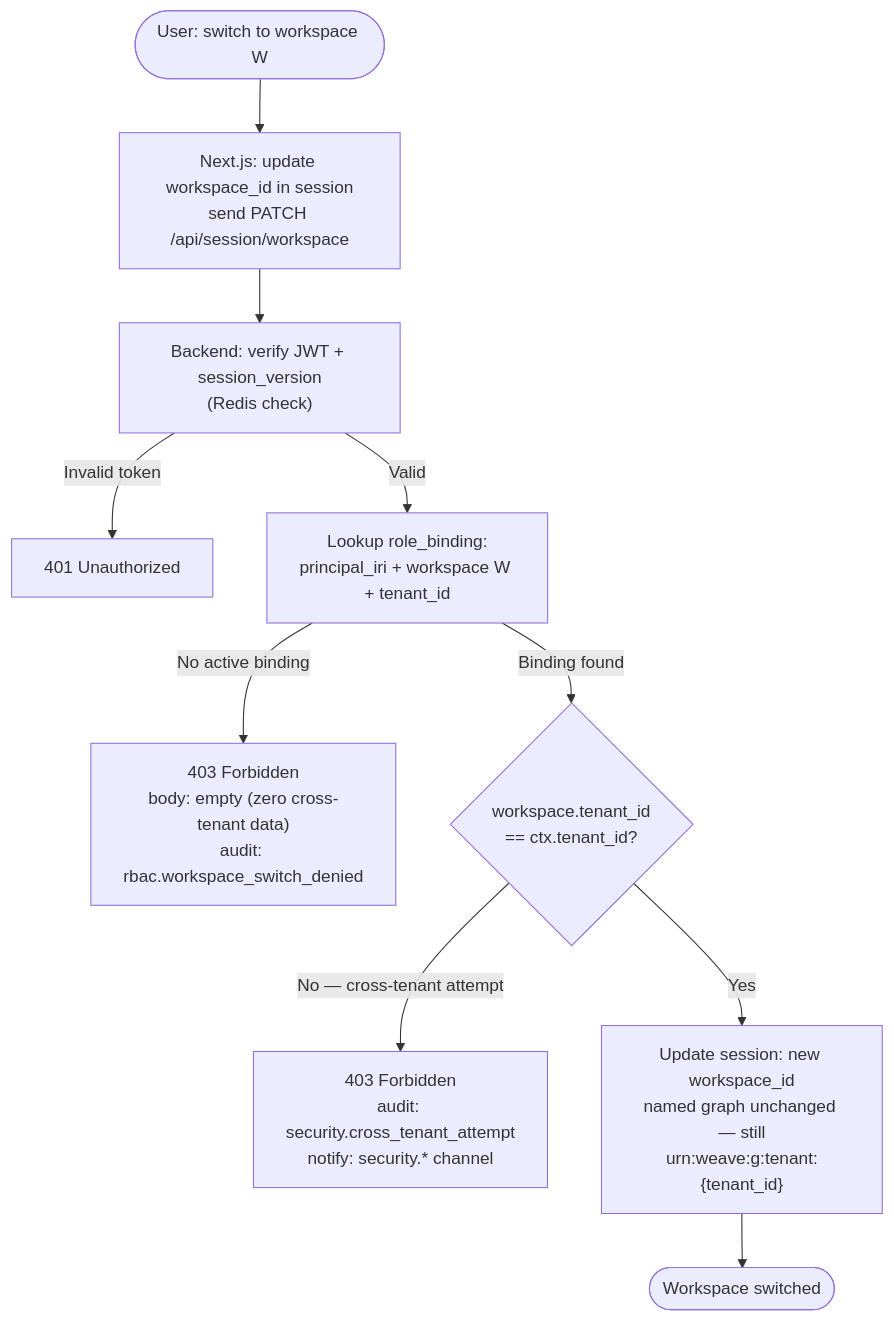
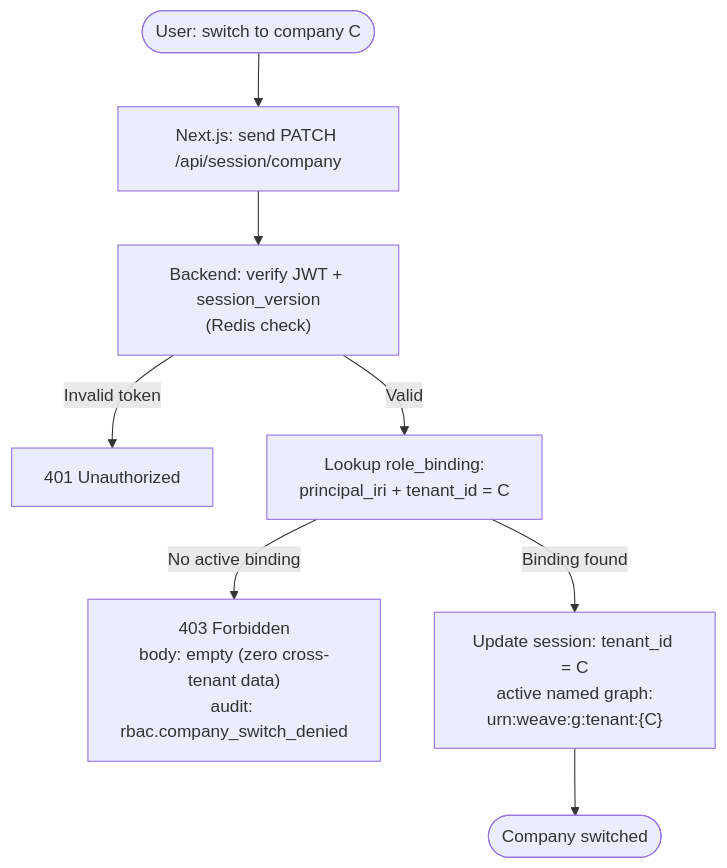
The second of 10 diagrams in docs/specs/weave/engines/weave-platform/tech-spec/business-process.md (gazzwi86/weave), drawn with Mermaid before and after one commit. The commit also changed other lines of this file and 17 other files, not shown here.

````diff
--- a/docs/specs/weave/engines/weave-platform/tech-spec/business-process.md
+++ b/docs/specs/weave/engines/weave-platform/tech-spec/business-process.md
@@ -79,12 +85,10 @@
 ```mermaid
 flowchart TD
-    A(["User: switch to workspace W"]) --> B["Next.js: update workspace_id in session<br/>send PATCH /api/session/workspace"]
+    A(["User: switch to company C"]) --> B["Next.js: send PATCH /api/session/company"]
     B --> C["Backend: verify JWT + session_version<br/>(Redis check)"]
     C -->|Invalid token| D["401 Unauthorized"]
-    C -->|Valid| E["Lookup role_binding:<br/>principal_iri + workspace W + tenant_id"]
-    E -->|No active binding| F["403 Forbidden<br/>body: empty (zero cross-tenant data)<br/>audit: rbac.workspace_switch_denied"]
-    E -->|Binding found| G{workspace.tenant_id<br/>== ctx.tenant_id?}
-    G -->|No — cross-tenant attempt| H["403 Forbidden<br/>audit: security.cross_tenant_attempt<br/>notify: security.* channel"]
-    G -->|Yes| I["Update session: new workspace_id<br/>named graph unchanged — still<br/>urn:weave:g:tenant:{tenant_id}"]
-    I --> J(["Workspace switched"])
+    C -->|Valid| E["Lookup role_binding:<br/>principal_iri + tenant_id = C"]
+    E -->|No active binding| F["403 Forbidden<br/>body: empty (zero cross-tenant data)<br/>audit: rbac.company_switch_denied"]
+    E -->|Binding found| G["Update session: tenant_id = C<br/>active named graph:<br/>urn:weave:g:tenant:{C}"]
+    G --> H(["Company switched"])
 ```
````
